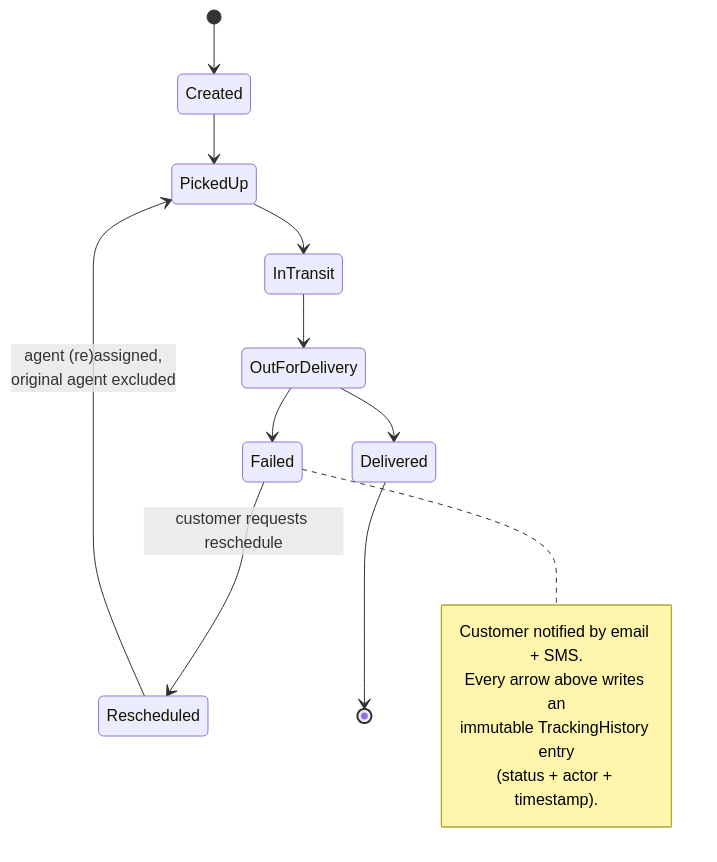
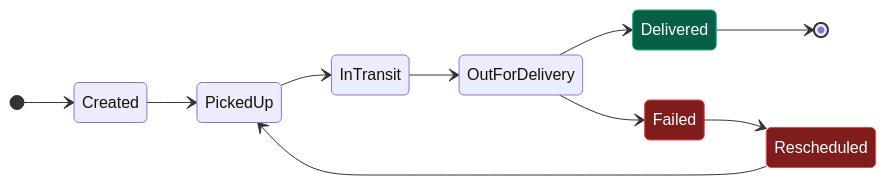
The fourth of 4 diagrams in SYSTEM_DESIGN.md (mittalsaks/LastMile_Delivery_Tracker), drawn with Mermaid before and after one commit. The commit also changed other lines of this file, not shown here.

````diff
--- a/SYSTEM_DESIGN.md
+++ b/SYSTEM_DESIGN.md
@@ -110,19 +112,18 @@
 ```mermaid
 stateDiagram-v2
+    direction LR
     [*] --> Created
     Created --> PickedUp
     PickedUp --> InTransit
     InTransit --> OutForDelivery
     OutForDelivery --> Delivered
     OutForDelivery --> Failed
-    Failed --> Rescheduled : customer requests reschedule
-    Rescheduled --> PickedUp : agent (re)assigned,<br/>original agent excluded
+    Failed --> Rescheduled
+    Rescheduled --> PickedUp
     Delivered --> [*]
 
-    note right of Failed
-        Customer notified by email + SMS.
-        Every arrow above writes an
-        immutable TrackingHistory entry
-        (status + actor + timestamp).
-    end note
+    classDef success fill:#065f46,stroke:#10b981,color:#fff
+    classDef fail fill:#7f1d1d,stroke:#ef4444,color:#fff
+    class Delivered success
+    class Failed,Rescheduled fail
 ```
````
